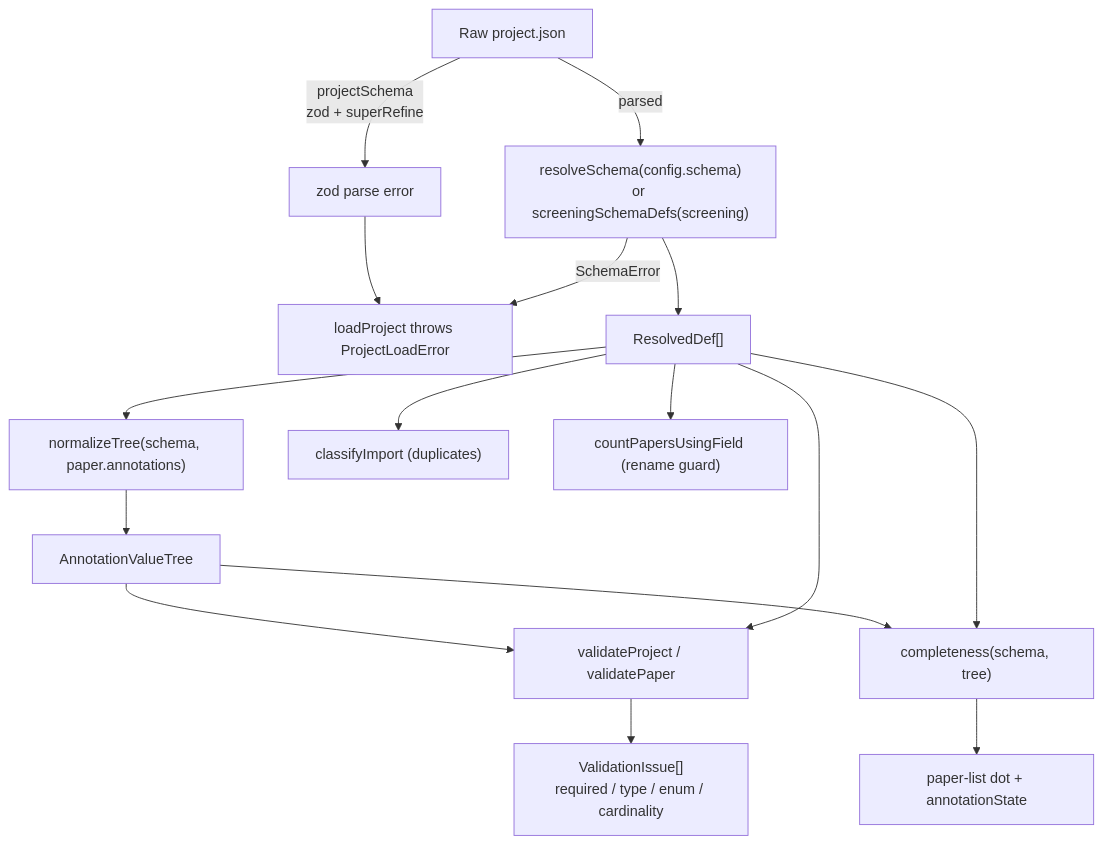
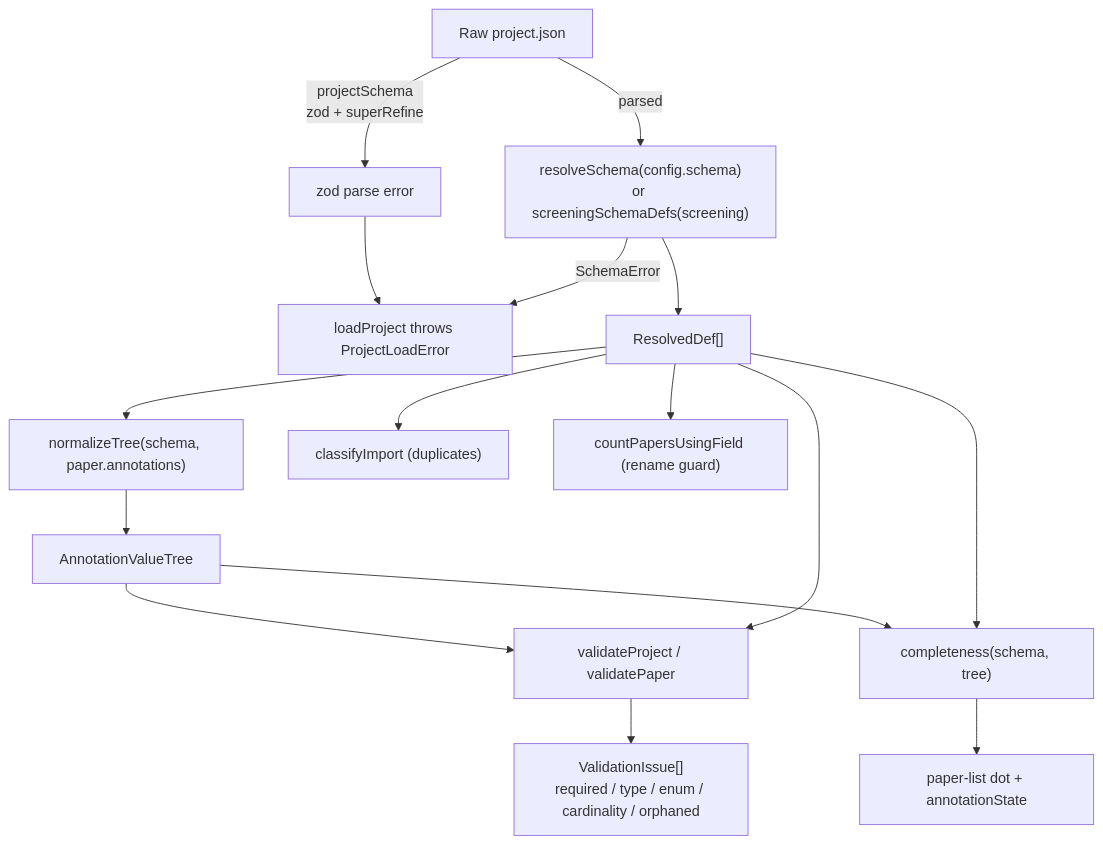
The diagram in openwiki/concepts/annotation-schema.md (Gram21/SaiLoR), drawn with Mermaid before and after one commit. The commit also changed other lines of this file and 17 other files, not shown here.

````diff
--- a/openwiki/concepts/annotation-schema.md
+++ b/openwiki/concepts/annotation-schema.md
@@ -264,18 +279,18 @@
 ```mermaid
 flowchart TD
     Raw["Raw project.json"] -->|projectSchema<br/>zod + superRefine| ZodErr["zod parse error"]
     ZodErr --> Load["loadProject throws ProjectLoadError"]
     Raw -->|parsed| Resolve["resolveSchema(config.schema)<br/>or screeningSchemaDefs(screening)"]
     Resolve -->|SchemaError| Load
     Resolve --> Resolved["ResolvedDef[]"]
     Resolved --> Normalize["normalizeTree(schema, paper.annotations)"]
     Normalize --> Tree["AnnotationValueTree"]
     Tree --> Validate["validateProject / validatePaper"]
     Resolved --> Validate
-    Validate --> Issues["ValidationIssue[]<br/>required / type / enum / cardinality"]
+    Validate --> Issues["ValidationIssue[]<br/>required / type / enum / cardinality / orphaned"]
     Tree --> Complete["completeness(schema, tree)"]
     Resolved --> Complete
     Complete --> Dot["paper-list dot + annotationState"]
     Resolved --> Dup["classifyImport (duplicates)"]
     Resolved --> Usage["countPapersUsingField (rename guard)"]
 ```
````
